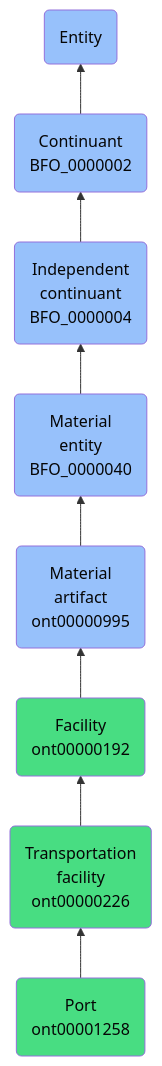
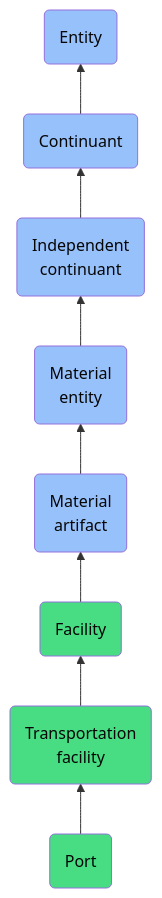
The diagram in docs/ontology/reference/model/Entity/Continuant/Independent continuant/Material entity/Material artifact/Facility/Transportation facility/Port/Port.md (jupyter-naas/abi), drawn with Mermaid before and after one commit. The commit also changed other lines of this file and 1430 other files, not shown here.

````diff
--- a/docs/ontology/reference/model/Entity/Continuant/Independent continuant/Material entity/Material artifact/Facility/Transportation facility/Port/Port.md
+++ b/docs/ontology/reference/model/Entity/Continuant/Independent continuant/Material entity/Material artifact/Facility/Transportation facility/Port/Port.md
@@ -24,15 +24,15 @@
 ```mermaid
 graph BT
-    ont00001258(Port<br>ont00001258):::ABI-->ont00000226
-    ont00000226(Transportation<br>facility<br>ont00000226):::ABI-->ont00000192
-    ont00000192(Facility<br>ont00000192):::ABI-->ont00000995
-    ont00000995(Material<br>artifact<br>ont00000995):::BFO-->BFO_0000040
-    BFO_0000040(Material<br>entity<br>BFO_0000040):::BFO-->BFO_0000004
-    BFO_0000004(Independent<br>continuant<br>BFO_0000004):::BFO-->BFO_0000002
-    BFO_0000002(Continuant<br>BFO_0000002):::BFO-->BFO_0000001
+    ont00001258(Port):::ABI-->ont00000226
+    ont00000226(Transportation<br>facility):::ABI-->ont00000192
+    ont00000192(Facility):::ABI-->ont00000995
+    ont00000995(Material<br>artifact):::BFO-->BFO_0000040
+    BFO_0000040(Material<br>entity):::BFO-->BFO_0000004
+    BFO_0000004(Independent<br>continuant):::BFO-->BFO_0000002
+    BFO_0000002(Continuant):::BFO-->BFO_0000001
     BFO_0000001(Entity):::BFO
     
     classDef BFO fill:#97c1fb,color:#060606
     classDef CCO fill:#e4c51e,color:#060606
     classDef ABI fill:#48DD82,color:#060606
 ```
````
